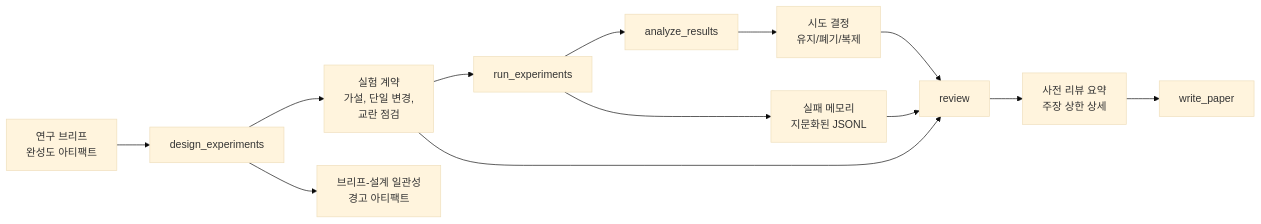
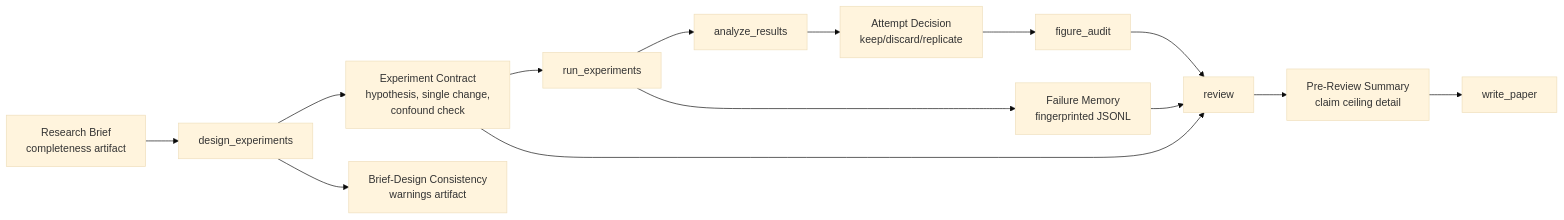
One commit to lhy0718/AutoResearch changed the second of 3 diagrams in docs/README.ko.md. Above: the diagram before and after it, drawn with Mermaid (base theme). The commit also changed other lines of this file and 9 other files, not shown here.

````diff
--- a/docs/README.ko.md
+++ b/docs/README.ko.md
@@ -319,15 +471,16 @@
 ```mermaid
 flowchart LR
-    Brief["연구 브리프<br/>완성도 아티팩트"] --> Design["design_experiments"]
-    Design --> Contract["실험 계약<br/>가설, 단일 변경,<br/>교란 점검"]
-    Design --> Consistency["브리프-설계 일관성<br/>경고 아티팩트"]
+    Brief["Research Brief<br/>completeness artifact"] --> Design["design_experiments"]
+    Design --> Contract["Experiment Contract<br/>hypothesis, single change,<br/>confound check"]
+    Design --> Consistency["Brief-Design Consistency<br/>warnings artifact"]
     Contract --> Run["run_experiments"]
-    Run --> Failures["실패 메모리<br/>지문화된 JSONL"]
+    Run --> Failures["Failure Memory<br/>fingerprinted JSONL"]
     Run --> Analyze["analyze_results"]
-    Analyze --> Decision["시도 결정<br/>유지/폐기/복제"]
-    Decision --> Review["review"]
+    Analyze --> Decision["Attempt Decision<br/>keep/discard/replicate"]
+    Decision --> FigureAudit["figure_audit"]
+    FigureAudit --> Review["review"]
     Failures --> Review
     Contract --> Review
-    Review --> Ceiling["사전 리뷰 요약<br/>주장 상한 상세"]
+    Review --> Ceiling["Pre-Review Summary<br/>claim ceiling detail"]
     Ceiling --> Paper["write_paper"]
 ```
````
